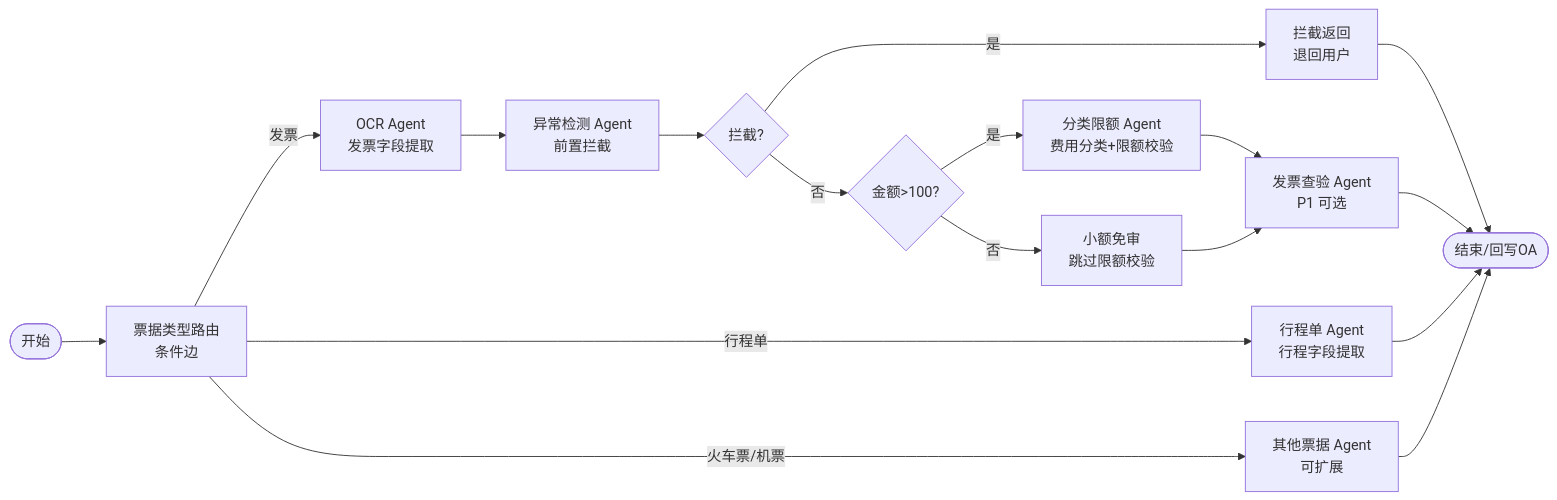
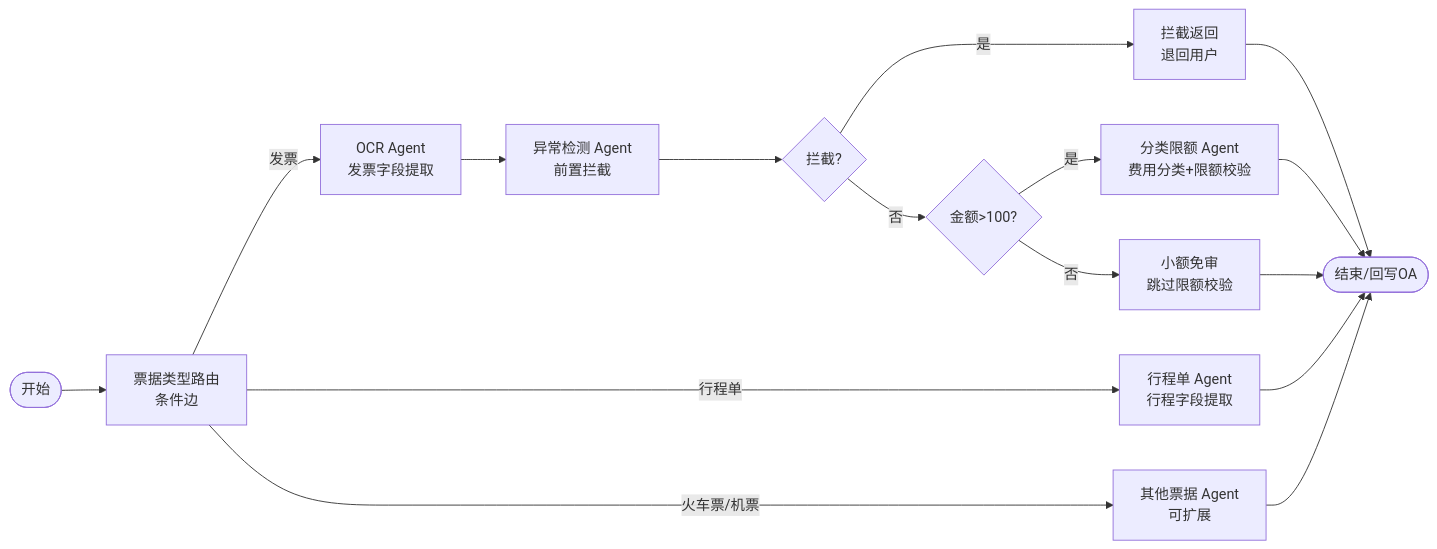
Before and after one commit to nickluo2026/OA-Reimbursement-AIAgent: the fifth of 5 diagrams in docs/design.md, drawn with Mermaid. The commit also changed other lines of this file and 49 other files, not shown here.

````diff
--- a/docs/design.md
+++ b/docs/design.md
@@ -1346,21 +1340,20 @@
 ```mermaid
 graph LR
     START([开始]) --> Classify[票据类型路由<br/>条件边]
     Classify -->|发票| OCR[OCR Agent<br/>发票字段提取]
     Classify -->|行程单| Itinerary[行程单 Agent<br/>行程字段提取]
     Classify -->|火车票/机票| Other[其他票据 Agent<br/>可扩展]
 
     OCR --> Anomaly[异常检测 Agent<br/>前置拦截]
     Anomaly --> Decision{拦截?}
     Decision -->|是| BLOCK[拦截返回<br/>退回用户]
     Decision -->|否| Gate{金额>100?}
     Gate -->|是| ClassifyLimit[分类限额 Agent<br/>费用分类+限额校验]
     Gate -->|否| Skip[小额免审<br/>跳过限额校验]
-    ClassifyLimit --> Verify[发票查验 Agent<br/>P1 可选]
-    Skip --> Verify
-    Verify --> END([结束/回写OA])
+    ClassifyLimit --> END([结束/回写OA])
+    Skip --> END
 
     Itinerary --> END
     Other --> END
     BLOCK --> END
 ```
````
